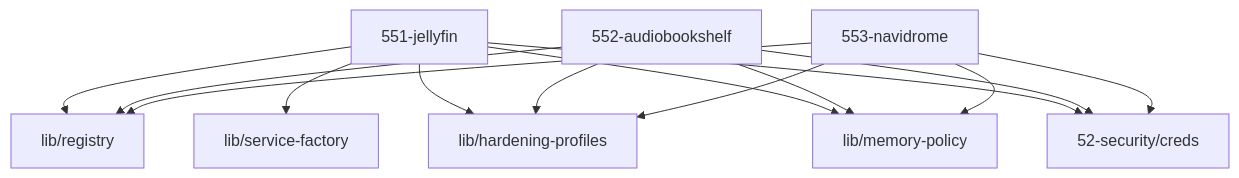
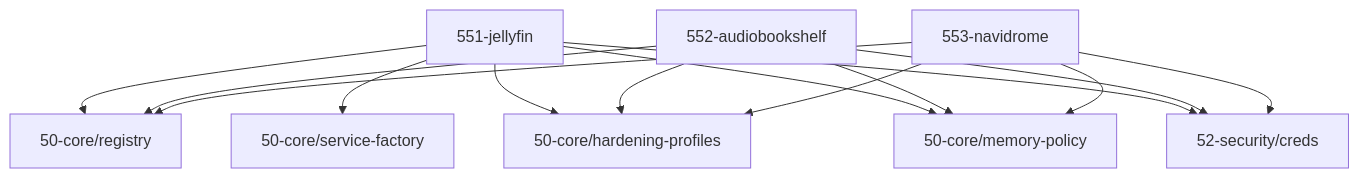
One commit to grapefruit89/mediNix-core changed the diagram in 55-playback/AGENTS.md. Above: the diagram before and after it, drawn with Mermaid. The commit also changed other lines of this file and 79 other files, not shown here.

Commit message:
refactor(repo): resolve lib/ into 50-core, packages, and tests

````diff
--- a/55-playback/AGENTS.md
+++ b/55-playback/AGENTS.md
@@ -55,16 +55,16 @@
 ```mermaid
 graph TD
-  551_jellyfin["551-jellyfin"] --> registry["lib/registry"]
-  551_jellyfin["551-jellyfin"] --> service_factory["lib/service-factory"]
-  551_jellyfin["551-jellyfin"] --> hardening_profiles["lib/hardening-profiles"]
-  551_jellyfin["551-jellyfin"] --> memory_policy["lib/memory-policy"]
+  551_jellyfin["551-jellyfin"] --> registry["50-core/registry"]
+  551_jellyfin["551-jellyfin"] --> service_factory["50-core/service-factory"]
+  551_jellyfin["551-jellyfin"] --> hardening_profiles["50-core/hardening-profiles"]
+  551_jellyfin["551-jellyfin"] --> memory_policy["50-core/memory-policy"]
   551_jellyfin["551-jellyfin"] --> creds["52-security/creds"]
   552_audiobookshelf["552-audiobookshelf"] --> creds["52-security/creds"]
-  552_audiobookshelf["552-audiobookshelf"] --> registry["lib/registry"]
-  552_audiobookshelf["552-audiobookshelf"] --> hardening_profiles["lib/hardening-profiles"]
-  552_audiobookshelf["552-audiobookshelf"] --> memory_policy["lib/memory-policy"]
+  552_audiobookshelf["552-audiobookshelf"] --> registry["50-core/registry"]
+  552_audiobookshelf["552-audiobookshelf"] --> hardening_profiles["50-core/hardening-profiles"]
+  552_audiobookshelf["552-audiobookshelf"] --> memory_policy["50-core/memory-policy"]
   553_navidrome["553-navidrome"] --> creds["52-security/creds"]
-  553_navidrome["553-navidrome"] --> registry["lib/registry"]
-  553_navidrome["553-navidrome"] --> hardening_profiles["lib/hardening-profiles"]
-  553_navidrome["553-navidrome"] --> memory_policy["lib/memory-policy"]
+  553_navidrome["553-navidrome"] --> registry["50-core/registry"]
+  553_navidrome["553-navidrome"] --> hardening_profiles["50-core/hardening-profiles"]
+  553_navidrome["553-navidrome"] --> memory_policy["50-core/memory-policy"]
 ```
````
